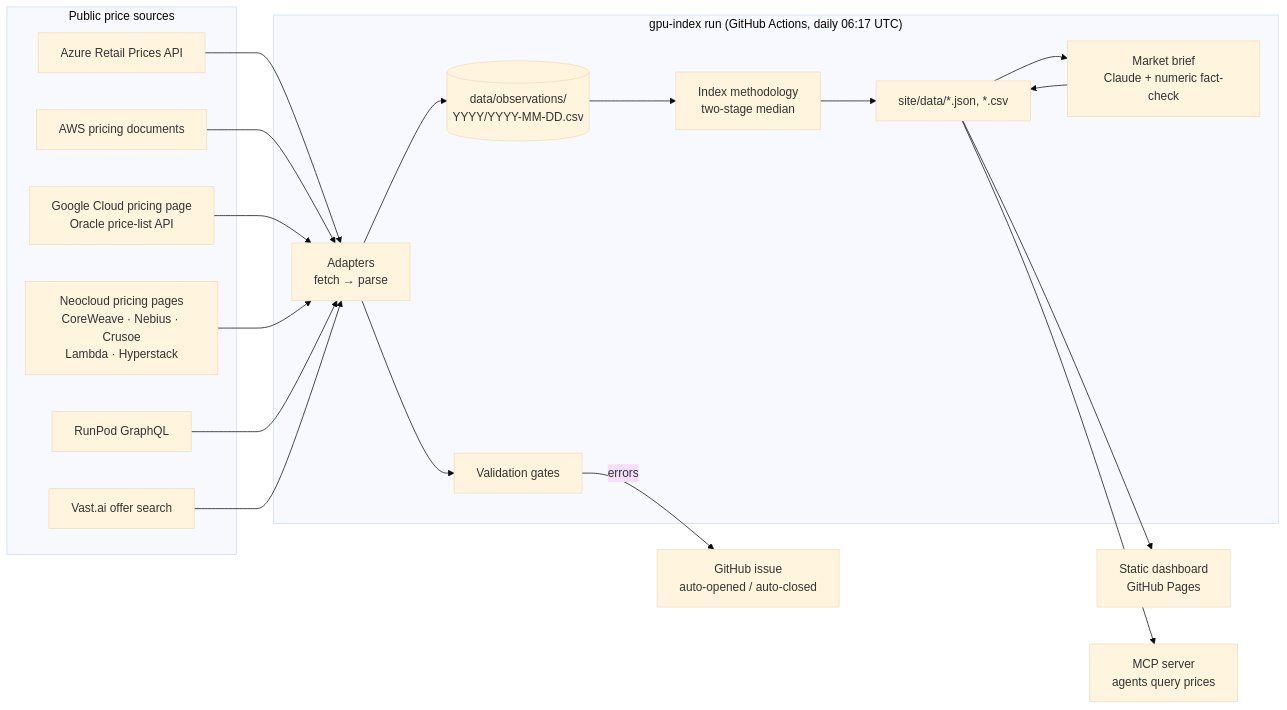
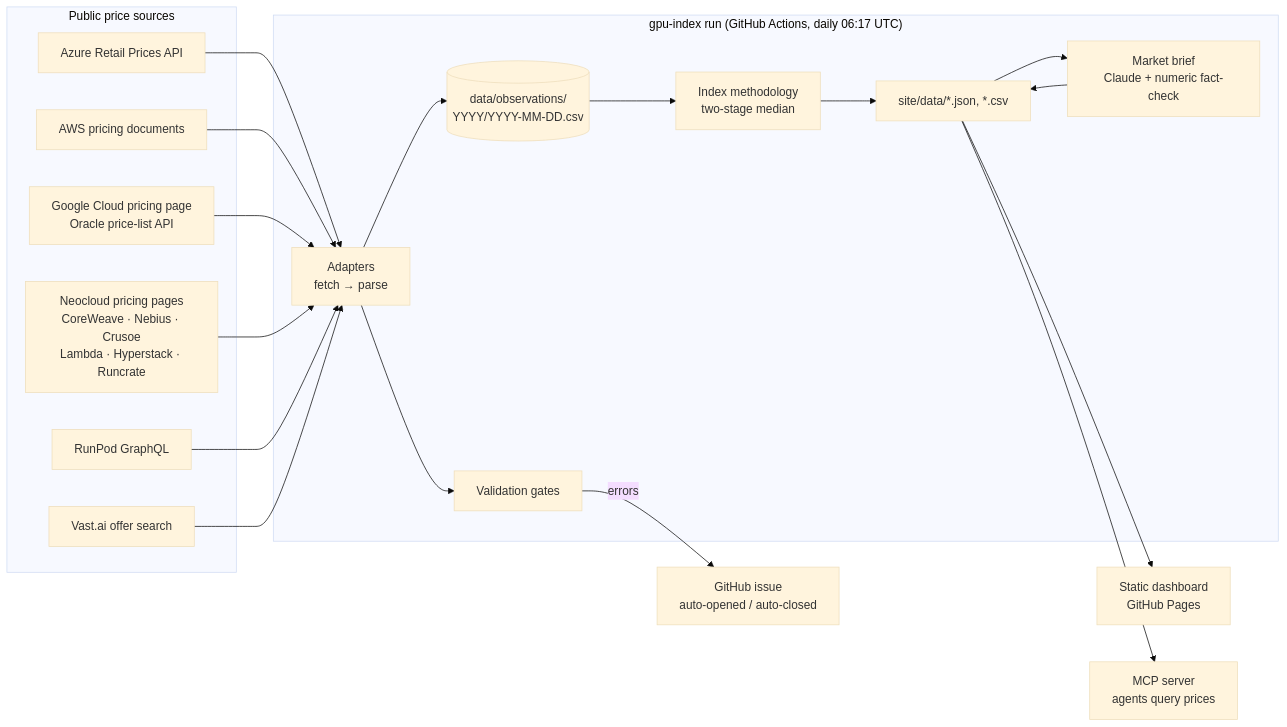
Before and after one commit to ewyluda/gpu-price-index: the diagram in docs/architecture.md, drawn with Mermaid (base theme). The commit also changed other lines of this file and 8 other files, not shown here.

````diff
--- a/docs/architecture.md
+++ b/docs/architecture.md
@@ -3,29 +3,29 @@
 ```mermaid
 flowchart LR
     subgraph Sources["Public price sources"]
         AZ[Azure Retail Prices API]
         AWS[AWS pricing documents]
         HYP["Google Cloud pricing page<br/>Oracle price-list API"]
-        NEO["Neocloud pricing pages<br/>CoreWeave · Nebius · Crusoe<br/>Lambda · Hyperstack"]
+        NEO["Neocloud pricing pages<br/>CoreWeave · Nebius · Crusoe<br/>Lambda · Hyperstack · Runcrate"]
         RP[RunPod GraphQL]
         VA[Vast.ai offer search]
     end
 
     subgraph Pipeline["gpu-index run (GitHub Actions, daily 06:17 UTC)"]
         AD["Adapters<br/>fetch → parse"]
         VAL["Validation gates"]
         ST[("data/observations/<br/>YYYY/YYYY-MM-DD.csv")]
         IDX["Index methodology<br/>two-stage median"]
         PUB["site/data/*.json, *.csv"]
         BR["Market brief<br/>Claude + numeric fact-check"]
     end
 
     AZ & AWS & HYP & NEO & RP & VA --> AD --> ST
     AD --> VAL
     ST --> IDX --> PUB
     PUB --> BR --> PUB
 
     PUB --> SITE["Static dashboard<br/>GitHub Pages"]
     PUB --> MCP["MCP server<br/>agents query prices"]
     VAL -- "errors" --> ISSUE["GitHub issue<br/>auto-opened / auto-closed"]
 ```
````
